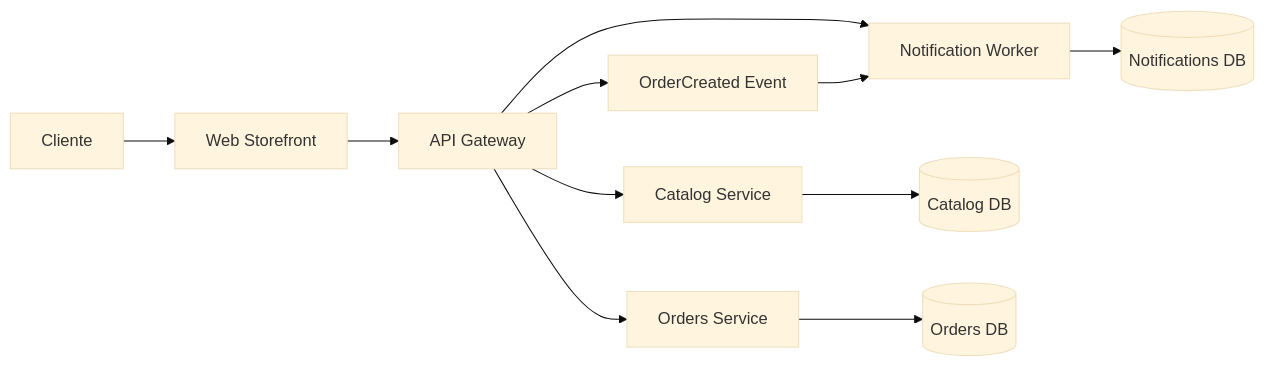
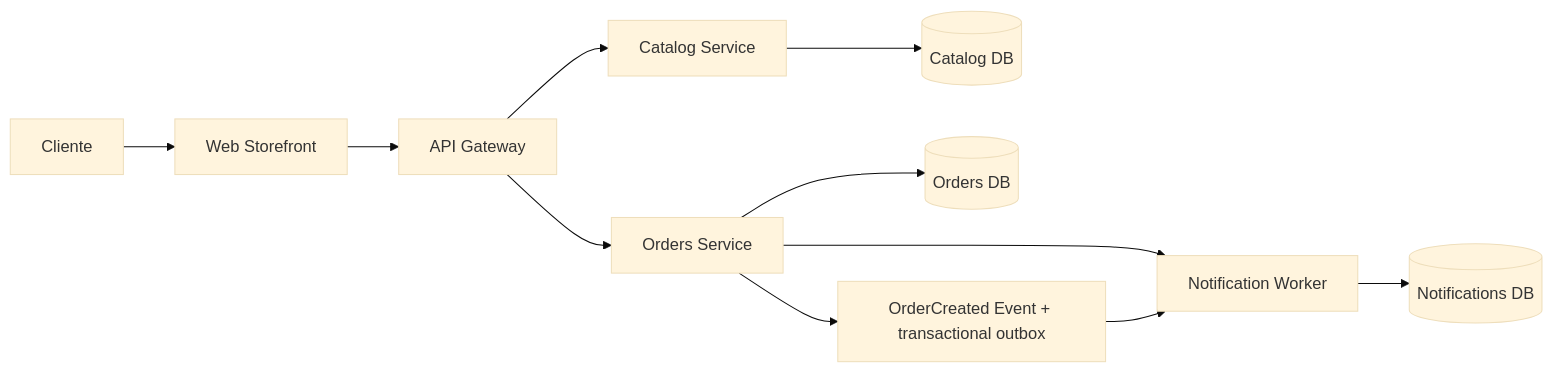
The diagram in docs/wiki/README.md (HectorARiascosI/mileshop-platform), drawn with Mermaid (base theme) before and after one commit. The commit also changed other lines of this file and 42 other files, not shown here.

Commit message:
feat(orders): make order creation idempotent and recover event delivery

````diff
--- a/docs/wiki/README.md
+++ b/docs/wiki/README.md
@@ -32,13 +32,13 @@
 ```mermaid
 flowchart LR
     C[Cliente] --> W[Web Storefront]
     W --> G[API Gateway]
     G --> CAT[Catalog Service]
     G --> ORD[Orders Service]
-    G --> NOT[Notification Worker]
+    ORD --> NOT[Notification Worker]
     CAT --> DC[(Catalog DB)]
     ORD --> DO[(Orders DB)]
     NOT --> DN[(Notifications DB)]
-    G --> EV[OrderCreated Event]
+    ORD --> EV[OrderCreated Event + transactional outbox]
     EV --> NOT
 ```
````
